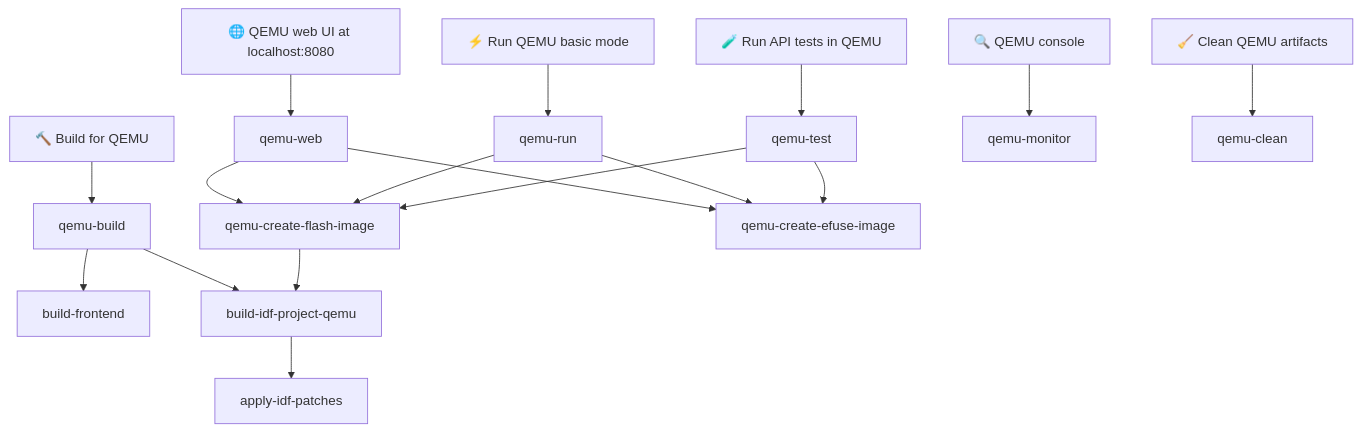
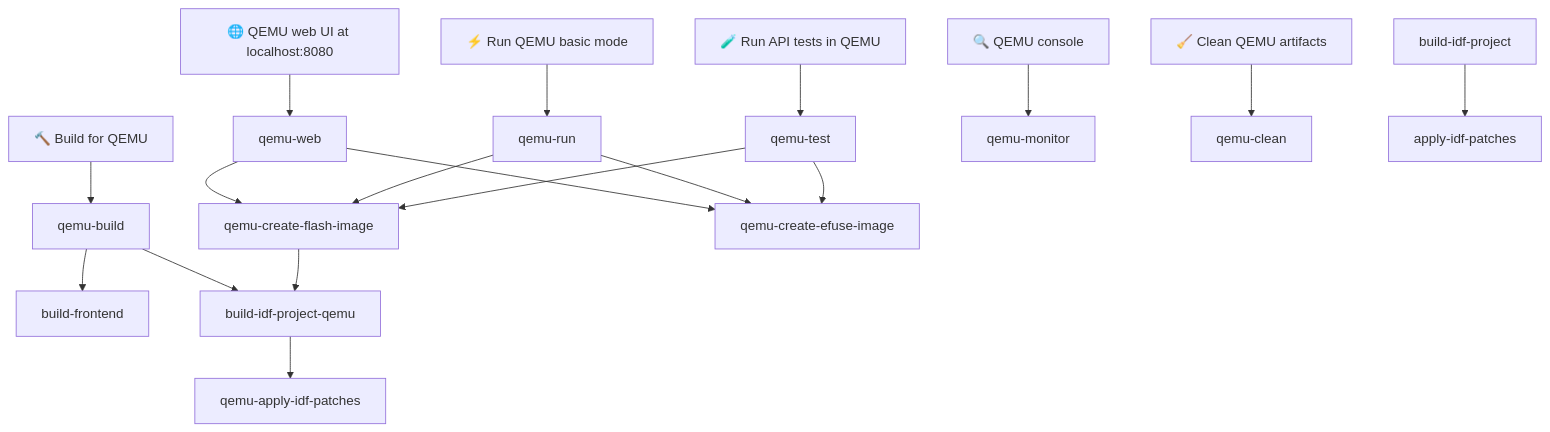
The second of 2 diagrams in README.md (wirenboard/wb-mge), drawn with Mermaid before and after one commit. The commit also changed 4 other files, not shown here.

First line of the commit message:
build(idf): add idempotent IDF patch script and update build

````diff
--- a/README.md
+++ b/README.md
@@ -110,21 +110,22 @@
 ```mermaid
 graph TD
     BQ["🔨 Build for QEMU"] --> qemu-build
     W["🌐 QEMU web UI at localhost:8080"] --> qemu-web
     T["🧪 Run API tests in QEMU"] --> qemu-test
     R["⚡ Run QEMU basic mode"] --> qemu-run
     MC["🔍 QEMU console"] --> qemu-monitor
     CQ["🧹 Clean QEMU artifacts"] --> qemu-clean
 
     qemu-build --> build-frontend
     qemu-build --> build-idf-project-qemu
 
     qemu-web --> qemu-create-flash-image
     qemu-web --> qemu-create-efuse-image
     qemu-run --> qemu-create-flash-image
     qemu-run --> qemu-create-efuse-image
     qemu-test --> qemu-create-flash-image
     qemu-test --> qemu-create-efuse-image
     qemu-create-flash-image --> build-idf-project-qemu
-    build-idf-project-qemu --> apply-idf-patches
+    build-idf-project-qemu --> qemu-apply-idf-patches
+    build-idf-project --> apply-idf-patches
 ```
````
